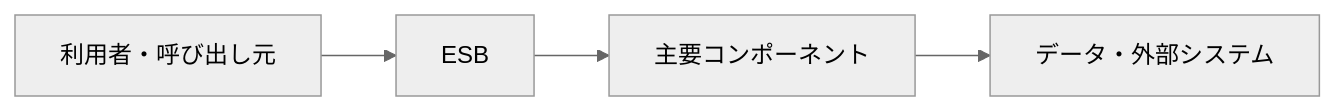
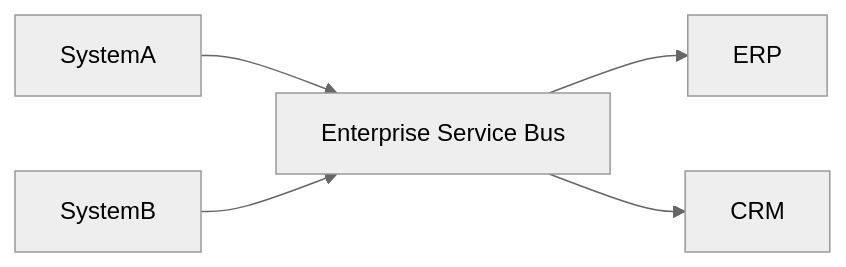
Before and after one commit to t-shirayama/architecture-notes: the diagram in docs/エンタープライズ統合・連携系/ESB.md, drawn with Mermaid (neutral theme). The commit also changed other lines of this file and 32 other files, not shown here.

Commit message:
docs: refine remaining architecture notes

````diff
--- a/docs/エンタープライズ統合・連携系/ESB.md
+++ b/docs/エンタープライズ統合・連携系/ESB.md
@@ -24,6 +28,7 @@
 ```mermaid
 flowchart LR
-    A[利用者・呼び出し元] --> B[ESB]
-    B --> C[主要コンポーネント]
-    C --> D[データ・外部システム]
+    SystemA --> ESB[Enterprise Service Bus]
+    SystemB --> ESB
+    ESB --> ERP
+    ESB --> CRM
 ```
````
